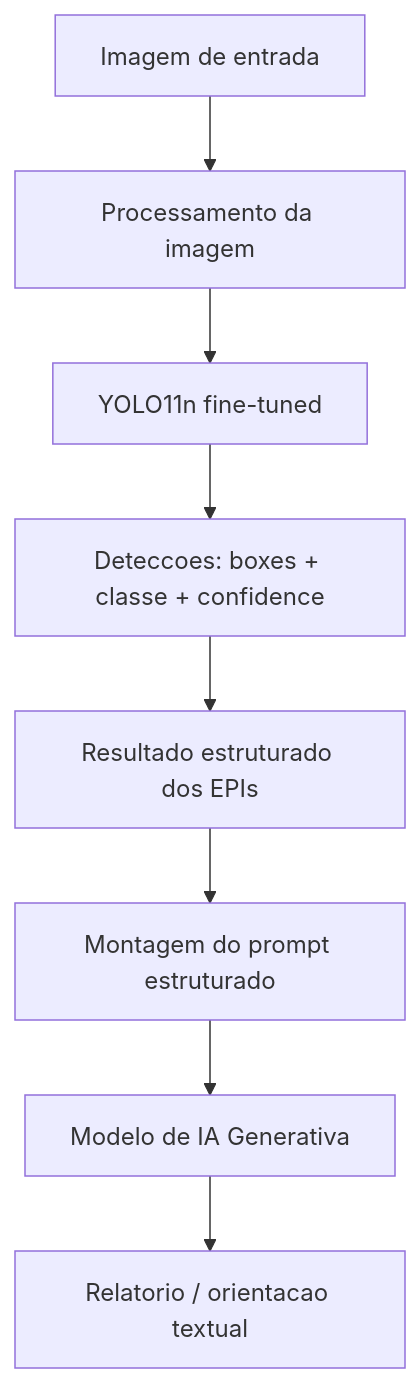
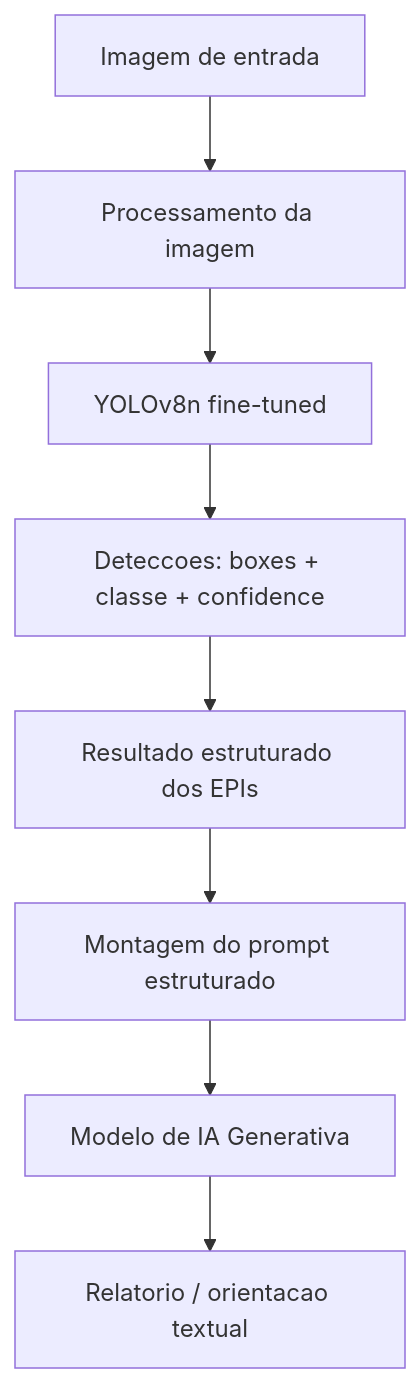
Before and after one commit to Projeto-Semestre-6/epi-computer-vision-genai: the second of 2 diagrams in README.md, drawn with Mermaid. The commit also changed other lines of this file and 22 other files, not shown here.

````diff
--- a/README.md
+++ b/README.md
@@ -177,10 +243,10 @@
 ```mermaid
 flowchart TD
     A[Imagem de entrada] --> B[Processamento da imagem]
-    B --> C[YOLO11n fine-tuned]
+    B --> C[YOLOv8n fine-tuned]
     C --> D[Deteccoes: boxes + classe + confidence]
     D --> E[Resultado estruturado dos EPIs]
     E --> F[Montagem do prompt estruturado]
     F --> G[Modelo de IA Generativa]
     G --> H[Relatorio / orientacao textual]
 ```
````
